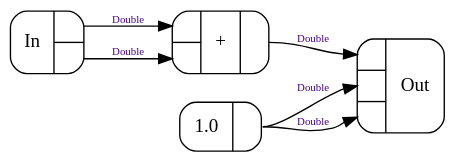
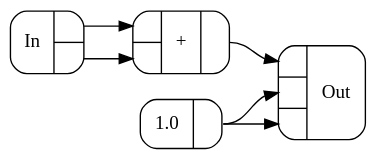
Before and after one commit to conal/talk-2018-essence-of-ad: the diagram in Figures/add-gradr.dot, drawn with Graphviz. The commit also changed 3 other files, not shown here.

Commit message:
figure tweaks

```diff
--- a/Figures/add-gradr.dot
+++ b/Figures/add-gradr.dot
@@ -1,18 +1,18 @@
 digraph add_gradr {
   margin=0
   compound=true
   rankdir=LR
   node [shape=Mrecord]
   edge [fontsize=8,fontcolor=indigo]
   bgcolor=transparent
   nslimit=20
   c0 [label="{In|{<Out0>|<Out1>}}"]
-  c1 [label="{1.0|{<Out0>}}"]
-  c2 [label="{{<In0>|<In1>}|+|{<Out0>}}"]
-  c3 [label="{{<In0>|<In1>|<In2>}|Out}"]
-  c0:Out0 -> c2:In0 [label="Double"]
-  c0:Out1 -> c2:In1 [label="Double"]
-  c2:Out0 -> c3:In0 [label="Double"]
-  c1:Out0 -> c3:In1 [label="Double"]
-  c1:Out0 -> c3:In2 [label="Double"]
+  c1 [label="{{<In0>|<In1>}|+|{<Out0>}}"]
+  c5 [label="{1.0|{<Out0>}}"]
+  c6 [label="{{<In0>|<In1>|<In2>}|Out}"]
+  c0:Out0 -> c1:In0 []
+  c0:Out1 -> c1:In1 []
+  c1:Out0 -> c6:In0 []
+  c5:Out0 -> c6:In1 []
+  c5:Out0 -> c6:In2 []
 }
```
